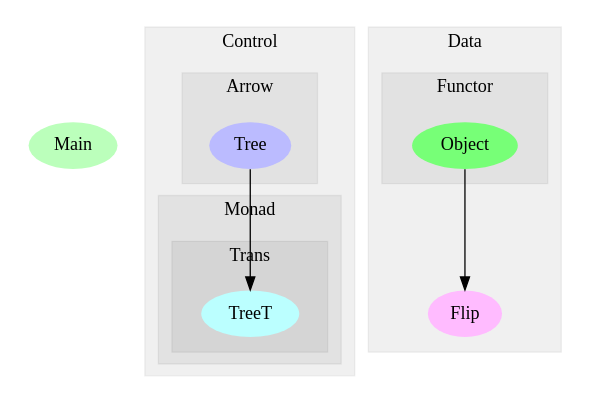
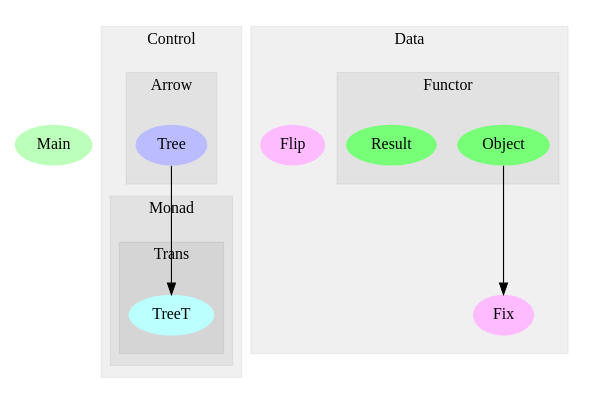
Before and after one commit to michaeljklein/flock-pieces-treet: the diagram in dependency_graph.dot, drawn with Graphviz. The commit also changed 25 other files, not shown here.

```diff
--- a/dependency_graph.dot
+++ b/dependency_graph.dot
@@ -1,48 +1,50 @@
 digraph G {
 size="6,4";
 ratio="fill";
-u4[label="Main",style="filled",fillcolor="#bbffbb",penwidth="0"];
+u6[label="Main",style="filled",fillcolor="#bbffbb",penwidth="0"];
 subgraph cluster_0 {
 label="Control";
 color="#0000000F";
 style="filled";
 subgraph cluster_1 {
 label="Arrow";
 color="#0000000F";
 style="filled";
 u1[label="Tree",style="filled",fillcolor="#bbbbff",penwidth="0"];
 
 }
 subgraph cluster_2 {
 label="Monad";
 color="#0000000F";
 style="filled";
 subgraph cluster_3 {
 label="Trans";
 color="#0000000F";
 style="filled";
 u0[label="TreeT",style="filled",fillcolor="#bbffff",penwidth="0"];
 
 }
 
 }
 
 }
 subgraph cluster_4 {
 label="Data";
 color="#0000000F";
 style="filled";
-u2[label="Flip",style="filled",fillcolor="#ffbbff",penwidth="0"];
+u2[label="Fix",style="filled",fillcolor="#ffbbff",penwidth="0"];
+u3[label="Flip",style="filled",fillcolor="#ffbbff",penwidth="0"];
 subgraph cluster_5 {
 label="Functor";
 color="#0000000F";
 style="filled";
-u3[label="Object",style="filled",fillcolor="#77ff77",penwidth="0"];
+u4[label="Object",style="filled",fillcolor="#77ff77",penwidth="0"];
+u5[label="Result",style="filled",fillcolor="#77ff77",penwidth="0"];
 
 }
 
 }
 u1 -> u0;
-u3 -> u2;
+u4 -> u2;
 
 }
```
